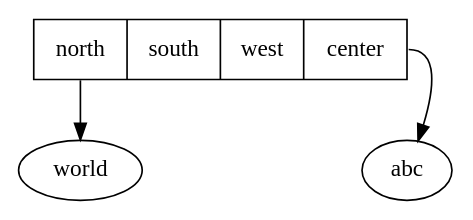
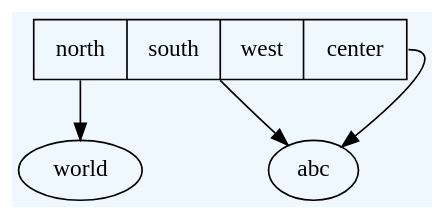
The diagram in examples/compass.dot (Qiu-Weidong/vscode-graphviz-extension), drawn with Graphviz before and after one commit. The commit also changed 73 other files, not shown here.

```diff
--- a/examples/compass.dot
+++ b/examples/compass.dot
@@ -1,7 +1,12 @@
 digraph {
-  hello [shape=record label="<n> north | <s> south | <w> west | <c> center"];
+  hello [shape="record", label="<n> north | <s> south | <w> west | <c> center"];
+  hello:n:s -> world;
+  hello:e -> abc:c;
+  node [label="123"];
+  bgcolor="aliceblue";
+  fontcolor="beige";
+  fontsize=7;
 
-  hello:n:s -> world;
-  // 如果 port 和 compass同名，则优先匹配 port。
-  hello:e -> abc:c;
+  hello:s:se -> abc;
+  world:s;
 }
```
